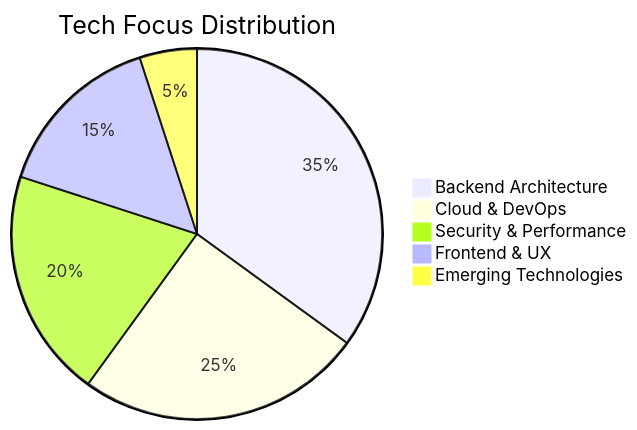
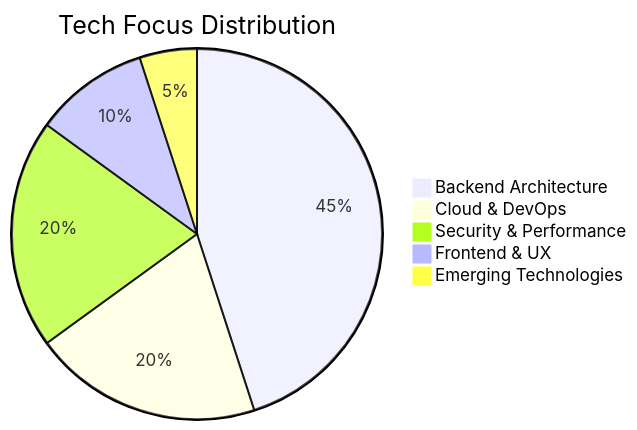
Before and after one commit to firdavs244/firdavs244: the fourth of 4 diagrams in README.md, drawn with Mermaid. The commit also changed other lines of this file, not shown here.

````diff
--- a/README.md
+++ b/README.md
@@ -408,8 +408,8 @@
 ```mermaid
 pie title Tech Focus Distribution
-    "Backend Architecture" : 35
-    "Cloud & DevOps" : 25
+    "Backend Architecture" : 45
+    "Cloud & DevOps" : 20
     "Security & Performance" : 20
-    "Frontend & UX" : 15
+    "Frontend & UX" : 10
     "Emerging Technologies" : 5
 ```
````
